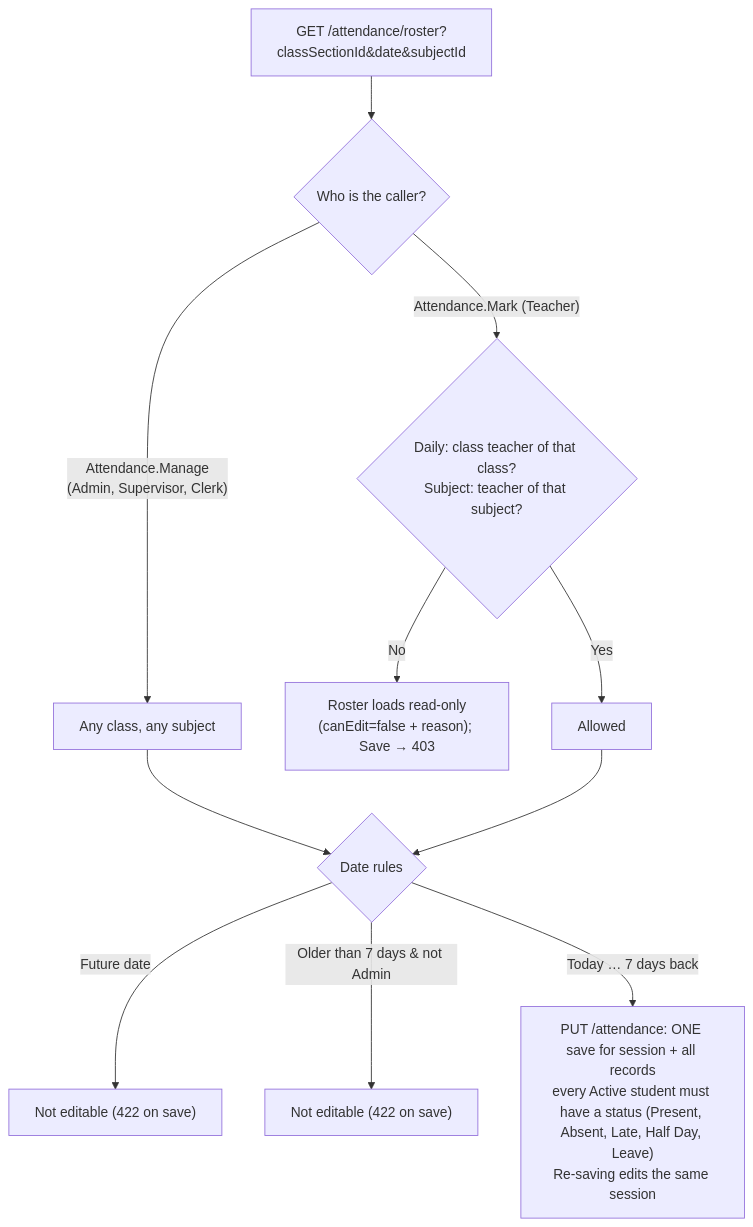
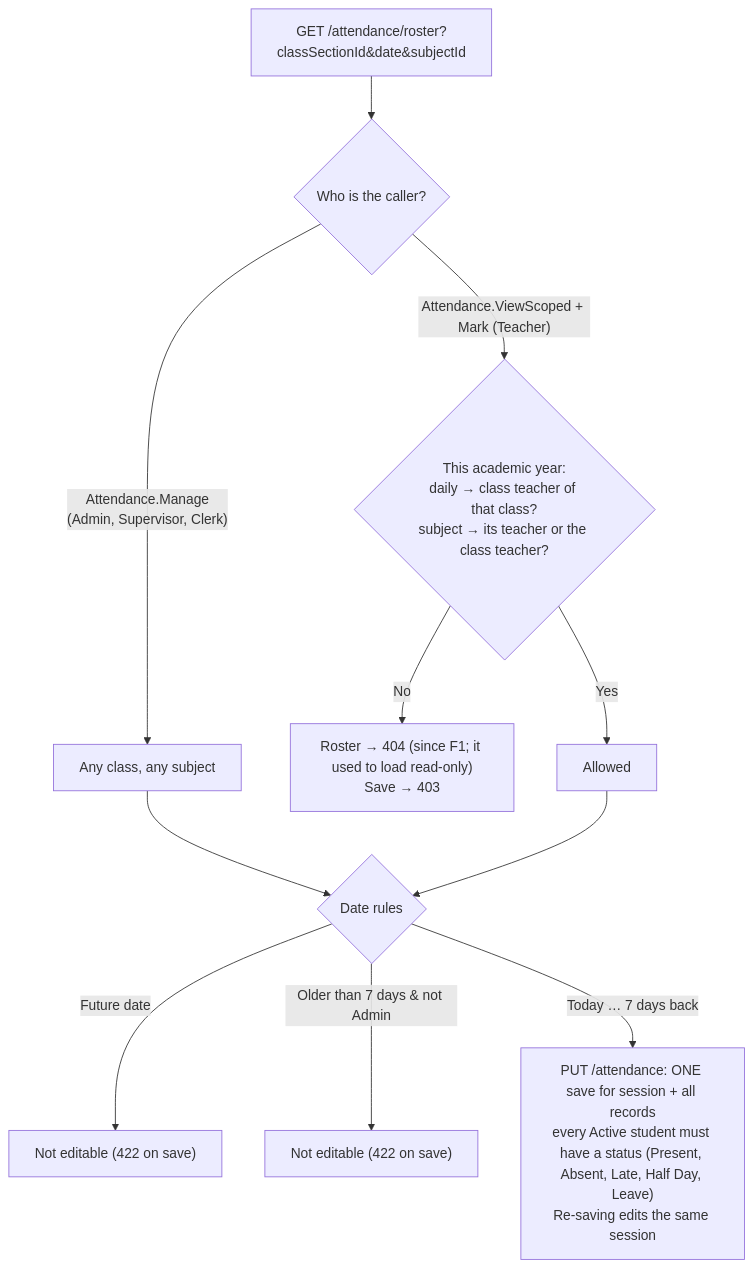
Before and after one commit to imadh01/school-management-system: the seventh of 9 diagrams in docs/system-flows.md, drawn with Mermaid. The commit also changed other lines of this file and 63 other files, not shown here.

Commit message:
feat(F1): scoped read permissions, data scope queries, permission-aware sidebar and route guard

````diff
--- a/docs/system-flows.md
+++ b/docs/system-flows.md
@@ -188,13 +188,13 @@
 ```mermaid
 flowchart TD
     R["GET /attendance/roster?classSectionId&date&subjectId"] --> W{"Who is the caller?"}
     W -->|"Attendance.Manage<br/>(Admin, Supervisor, Clerk)"| OK1["Any class, any subject"]
-    W -->|"Attendance.Mark (Teacher)"| TT{"Daily: class teacher of that class?<br/>Subject: teacher of that subject?"}
-    TT -->|"No"| F1["Roster loads read-only<br/>(canEdit=false + reason); Save → 403"]
+    W -->|"Attendance.ViewScoped + Mark (Teacher)"| TT{"This academic year:<br/>daily → class teacher of that class?<br/>subject → its teacher or the class teacher?"}
+    TT -->|"No"| F1["Roster → 404 (since F1; it used to load read-only)<br/>Save → 403"]
     TT -->|"Yes"| OK2["Allowed"]
     OK1 --> D{"Date rules"}
     OK2 --> D
     D -->|"Future date"| F2["Not editable (422 on save)"]
     D -->|"Older than 7 days & not Admin"| F3["Not editable (422 on save)"]
     D -->|"Today … 7 days back"| SV["PUT /attendance: ONE save for session + all records<br/>every Active student must have a status (Present, Absent, Late, Half Day, Leave)<br/>Re-saving edits the same session"]
 ```
````
